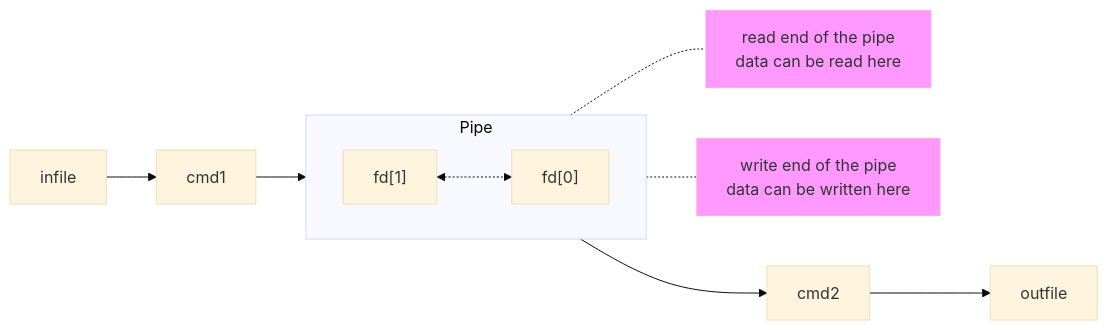
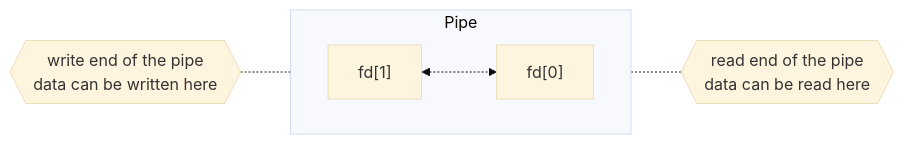
Before and after one commit to Tablerase/42_Projects: the first of 5 diagrams in Pipex/README.md, drawn with Mermaid (base theme). The commit also changed other lines of this file, not shown here.

````diff
--- a/Pipex/README.md
+++ b/Pipex/README.md
@@ -110,14 +115,9 @@
 ```mermaid
 graph LR
-  classDef note fill:#f9f,stroke-width:0.5px;
-  infile --> cmd1
-  cmd1 --> end1
+  note_end1{{write end of the pipe\ndata can be written here}}:::note -.- end1
   subgraph Pipe
     direction LR
-    end1 <-.-> end2
+    end1["fd[1]"] <-.-> end2["fd[0]"]:::filedescriptor
   end
-    end2["fd[0]"] -.- note_end2[read end of the pipe\ndata can be read here]:::note
-    end1["fd[1]"] -.- note_end1[write end of the pipe\ndata can be written here]:::note
-  end2 --> cmd2
-  cmd2 --> outfile
+  end2 -.- note_end2{{read end of the pipe\ndata can be read here}}:::note
 ```
````
